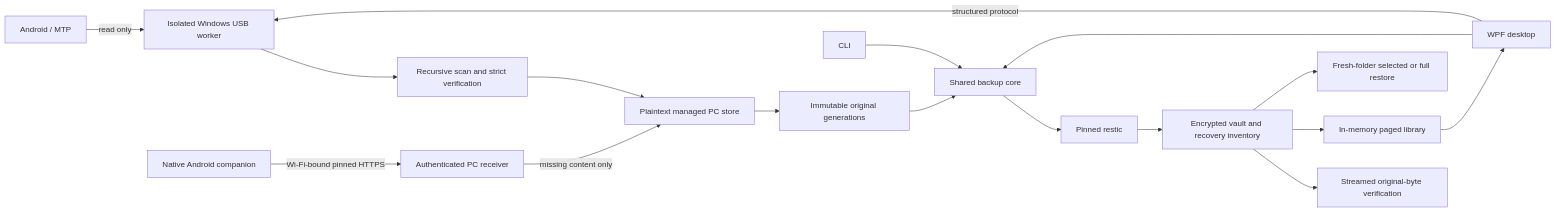
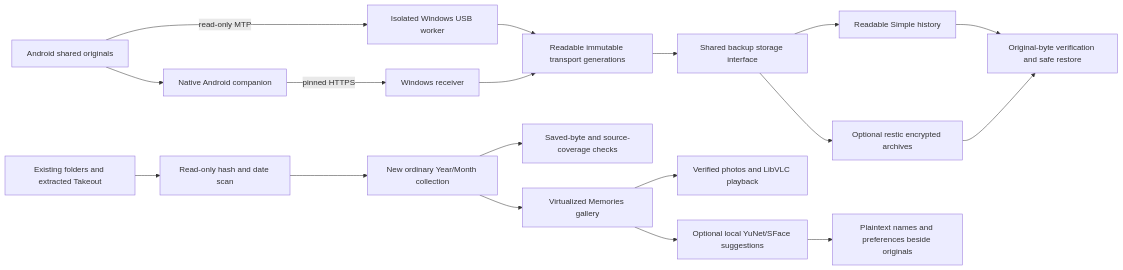
One commit to RutuK2005/phone-backup-showcase changed the diagram in ARCHITECTURE.md. Above: the diagram before and after it, drawn with Mermaid. The commit also changed other lines of this file and 3 other files, not shown here.

Commit message:
Document 0.8 gallery, local people and import engineering milestone

````diff
--- a/ARCHITECTURE.md
+++ b/ARCHITECTURE.md
@@ -3,19 +3,20 @@
 ```mermaid
 flowchart LR
-    Phone[Android / MTP] -->|read only| Worker[Isolated Windows USB worker]
-    Companion[Native Android companion] -->|Wi-Fi-bound pinned HTTPS| LAN[Authenticated PC receiver]
-    LAN -->|missing content only| Store
-    UI[WPF desktop] -->|structured protocol| Worker
-    Worker --> Scan[Recursive scan and strict verification]
-    Scan --> Store[Plaintext managed PC store]
-    Store --> Gen[Immutable original generations]
-    Gen --> Core[Shared backup core]
-    CLI[CLI] --> Core
-    UI --> Core
-    Core --> Restic[Pinned restic]
-    Restic --> Vault[Encrypted vault and recovery inventory]
-    Vault --> Verify[Streamed original-byte verification]
-    Vault --> Library[In-memory paged library]
-    Library --> UI
-    Vault --> Restore[Fresh-folder selected or full restore]
+    Phone[Android shared originals] -->|read-only MTP| USB[Isolated Windows USB worker]
+    Phone --> Companion[Native Android companion]
+    Companion -->|pinned HTTPS| LAN[Windows receiver]
+    USB --> Store[Readable immutable transport generations]
+    LAN --> Store
+    Store --> Storage[Shared backup storage interface]
+    Storage --> Simple[Readable Simple history]
+    Storage --> Private[Optional restic encrypted archives]
+    Simple --> Verify[Original-byte verification and safe restore]
+    Private --> Verify
+    Old[Existing folders and extracted Takeout] --> Scan[Read-only hash and date scan]
+    Scan --> Collection[New ordinary Year/Month collection]
+    Collection --> Check[Saved-byte and source-coverage checks]
+    Collection --> Gallery[Virtualized Memories gallery]
+    Gallery --> Media[Verified photos and LibVLC playback]
+    Gallery --> People[Optional local YuNet/SFace suggestions]
+    People --> Index[Plaintext names and preferences beside originals]
 ```
````
